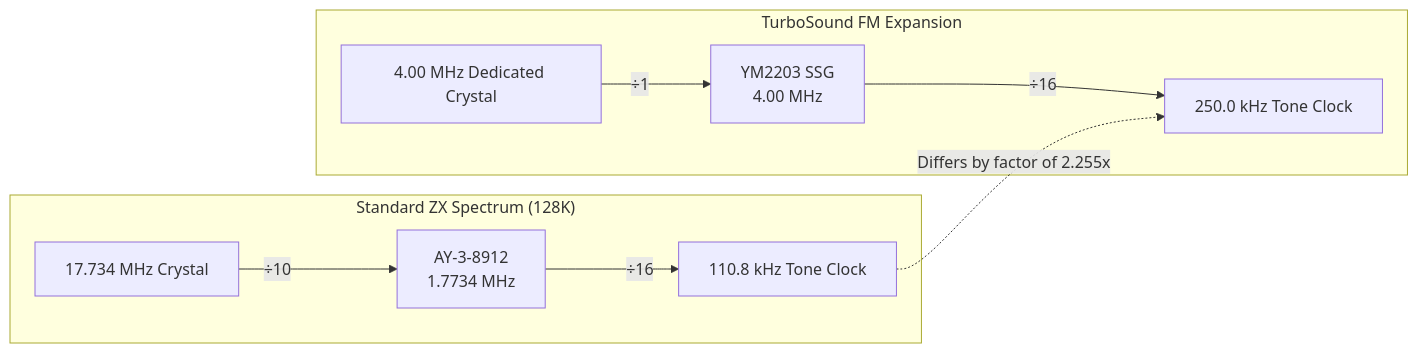
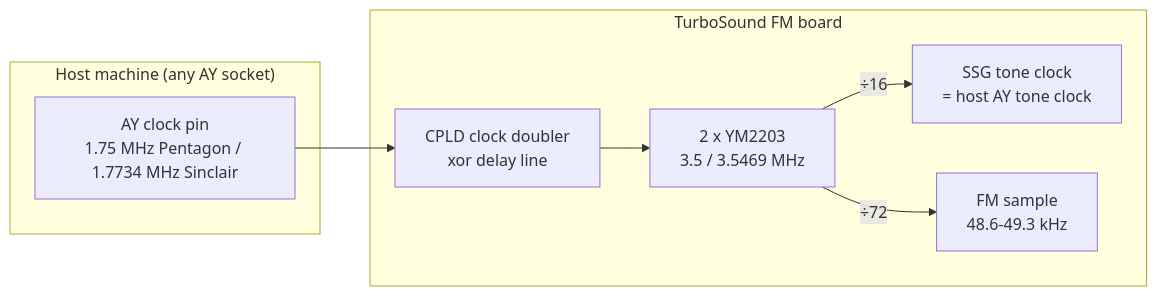
The second of 5 diagrams in 06_sound/hardware/turbosound_fm.md (alfishe/speccy-bootcamp), drawn with Mermaid before and after one commit. The commit also changed other lines of this file and 10 other files, not shown here.

````diff
--- a/06_sound/hardware/turbosound_fm.md
+++ b/06_sound/hardware/turbosound_fm.md
@@ -131,14 +116,12 @@
 ```mermaid
 flowchart LR
-    subgraph ZX ["Standard ZX Spectrum (128K)"]
-        XTAL1["17.734 MHz Crystal"] -->|÷10| AY["AY-3-8912<br/>1.7734 MHz"]
-        AY -->|÷16| TONE1["110.8 kHz Tone Clock"]
+    subgraph HOST ["Host machine (any AY socket)"]
+        AYCLK["AY clock pin<br/>1.75 MHz Pentagon / 1.7734 MHz Sinclair"]
     end
-    
-    subgraph TSFM ["TurboSound FM Expansion"]
-        XTAL2["4.00 MHz Dedicated Crystal"] -->|÷1| YM["YM2203 SSG<br/>4.00 MHz"]
-        YM -->|÷16| TONE2["250.0 kHz Tone Clock"]
+    subgraph TSFM ["TurboSound FM board"]
+        DBL["CPLD clock doubler<br/>xor delay line"] --> YM["2 x YM2203<br/>3.5 / 3.5469 MHz"]
+        YM -->|÷16| SSGTone["SSG tone clock<br/>= host AY tone clock"]
+        YM -->|÷72| FMS["FM sample<br/>48.6-49.3 kHz"]
     end
-    
-    TONE1 -.->|Differs by factor of 2.255x| TONE2
+    AYCLK --> DBL
 ```
````
